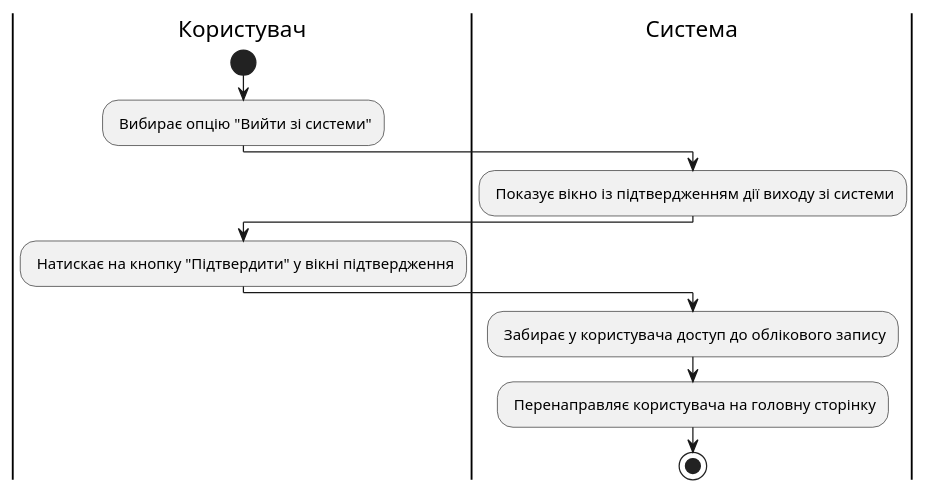
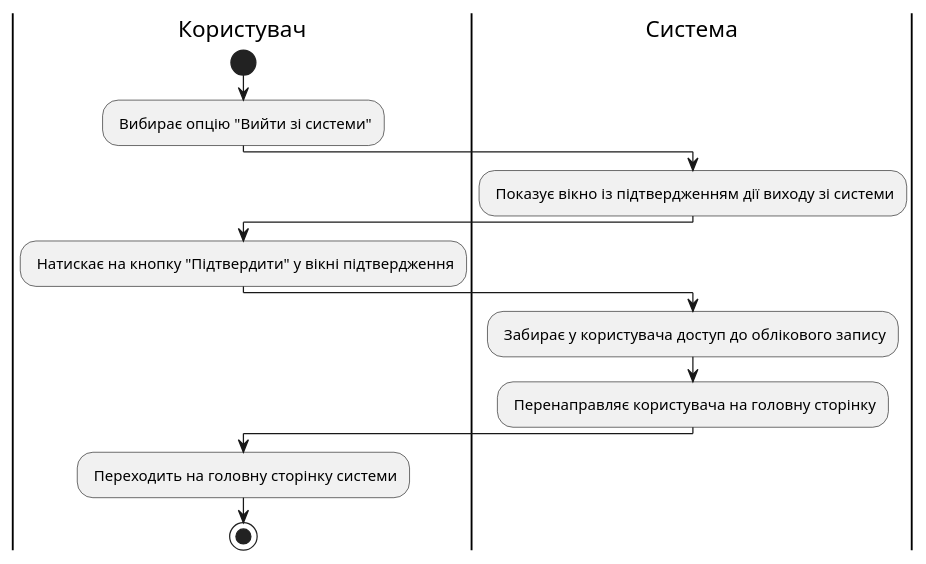
The ninth of 23 diagrams in docs/use cases/README.md (edu-db/edu_db_labs), drawn with PlantUML before and after one commit. The commit also changed other lines of this file and 1 other file, not shown here.

```diff
--- a/docs/use cases/README.md
+++ b/docs/use cases/README.md
@@ -335,18 +335,21 @@
 @startuml
 
     |Користувач|
     start;
     : Вибирає опцію "Вийти зі системи";
 
     |Система|
     : Показує вікно із підтвердженням дії виходу зі системи;
 
     |Користувач|
     : Натискає на кнопку "Підтвердити" у вікні підтвердження;
 
     |Система|
     : Забирає у користувача доступ до облікового запису;
     : Перенаправляє користувача на головну сторінку;
+
+    |Користувач|
+    : Переходить на головну сторінку системи;
     stop;
 
 @enduml
```
